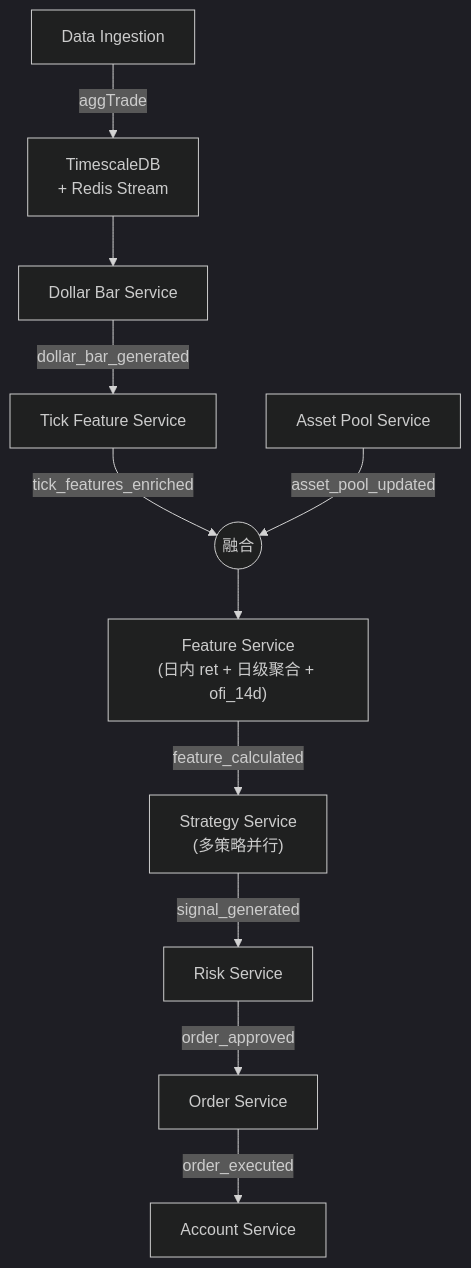
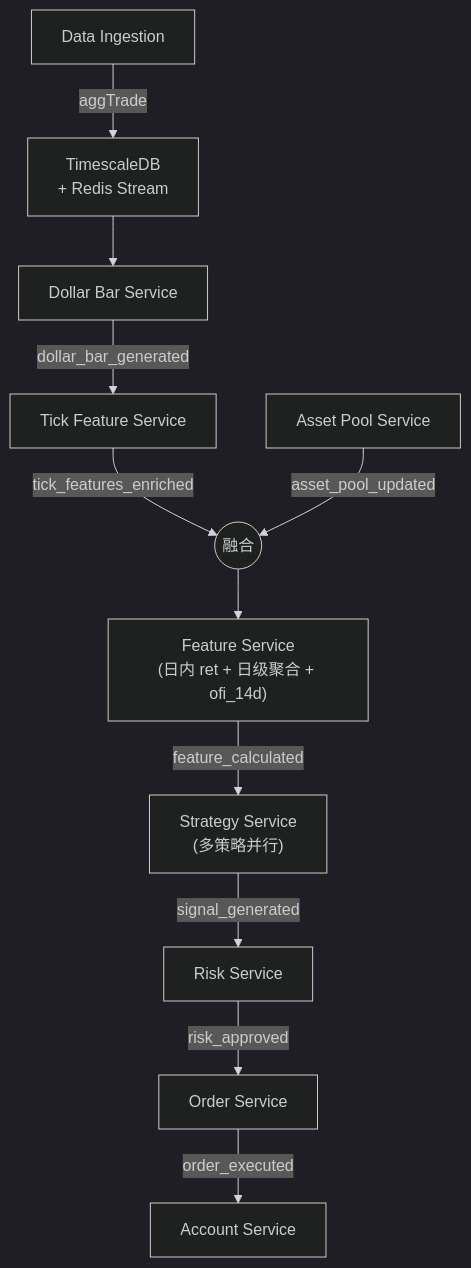
Before and after one commit to DragonQuantt/docs: the fourth of 6 diagrams in content/overview/index.md, drawn with Mermaid (dark theme). The commit also changed other lines of this file and 3 other files, not shown here.

Commit message:
Update Redis and architecture documentation to replace `order_approved` with `risk_approved`.

````diff
--- a/content/overview/index.md
+++ b/content/overview/index.md
@@ -184,13 +184,13 @@
 ```mermaid
 flowchart TD
     Ingestion["Data Ingestion"] -->|aggTrade| Storage["TimescaleDB\n+ Redis Stream"]
     Storage --> DBar["Dollar Bar Service"]
     DBar -->|dollar_bar_generated| TFeat["Tick Feature Service"]
     TFeat -->|tick_features_enriched| Merge(("融合"))
     APool["Asset Pool Service"] -->|asset_pool_updated| Merge
     Merge --> Feat["Feature Service\n(日内 ret + 日级聚合 + ofi_14d)"]
     Feat -->|feature_calculated| Strat["Strategy Service\n(多策略并行)"]
     Strat -->|signal_generated| RiskNode["Risk Service"]
-    RiskNode -->|order_approved| OrdNode["Order Service"]
+    RiskNode -->|risk_approved| OrdNode["Order Service"]
     OrdNode -->|order_executed| AccNode["Account Service"]
 ```
````
